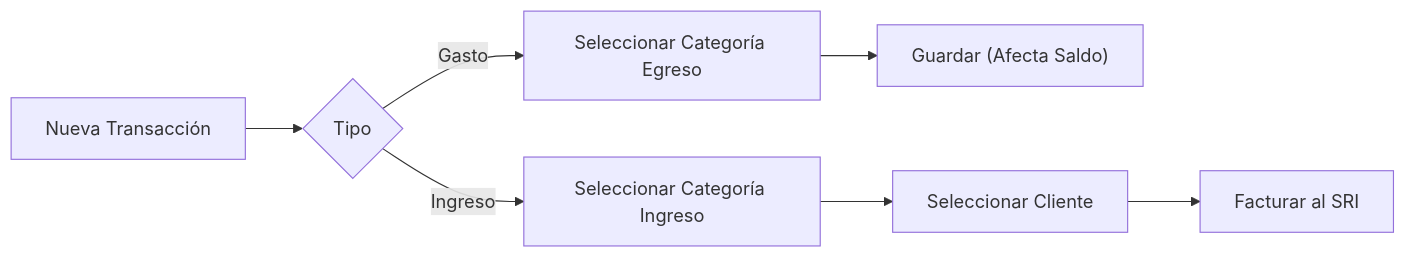
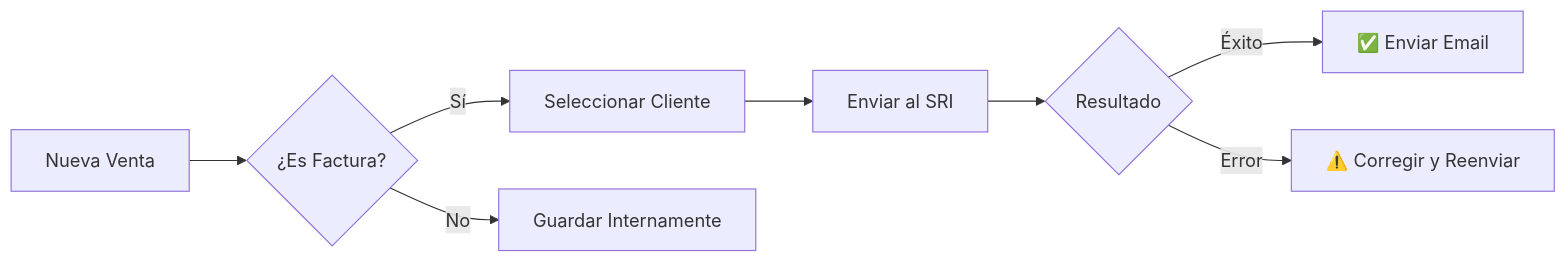
Before and after one commit to nelsonmarro/accountable-holo: the diagram in docs/manual/docs/transactions.md, drawn with Mermaid. The commit also changed other lines of this file and 3 other files, not shown here.

````diff
--- a/docs/manual/docs/transactions.md
+++ b/docs/manual/docs/transactions.md
@@ -14,9 +45,10 @@
 ```mermaid
 graph LR
-    A[Nueva Transacción] --> B{Tipo}
-    B -- Gasto --> C[Seleccionar Categoría Egreso]
-    C --> D["Guardar (Afecta Saldo)"]
-    B -- Ingreso --> E[Seleccionar Categoría Ingreso]
-    E --> F[Seleccionar Cliente]
-    F --> G[Facturar al SRI]
+    A[Nueva Venta] --> B{¿Es Factura?}
+    B -- Sí --> C[Seleccionar Cliente]
+    C --> D[Enviar al SRI]
+    D --> E{Resultado}
+    E -- Éxito --> F[✅ Enviar Email]
+    E -- Error --> G[⚠️ Corregir y Reenviar]
+    B -- No --> H[Guardar Internamente]
 ```
````
